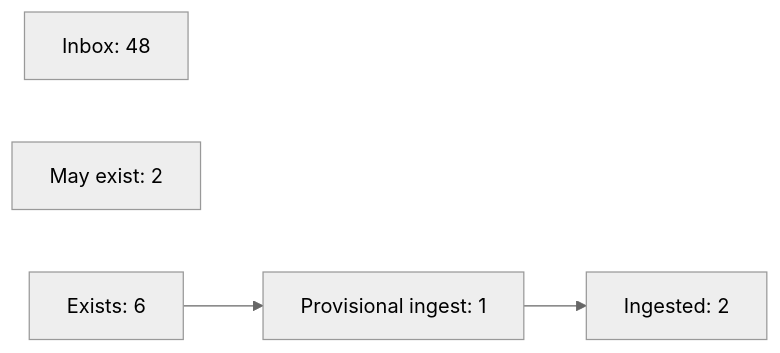
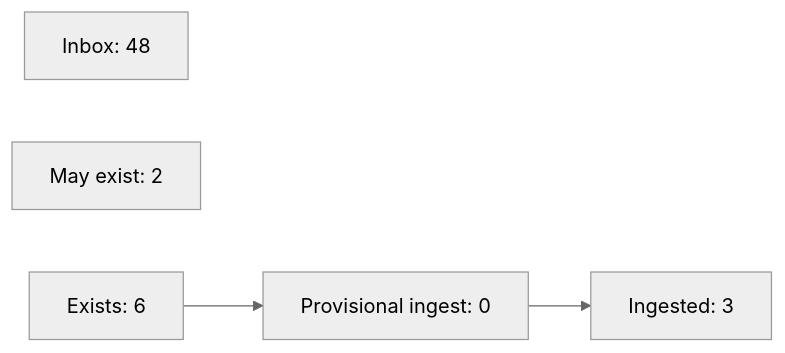
Before and after one commit to OpenPKCommons/OPKC: the diagram in README.md, drawn with Mermaid (neutral theme).

Commit message:
Updated progress flow chart

````diff
--- a/README.md
+++ b/README.md
@@ -52,9 +52,9 @@
 ```mermaid
 graph LR
 	inbox[Inbox: 48]
 	mayexist[May exist: 2]
 	exists[Exists: 6]
-	provingest[Provisional ingest: 1]
-	ingested[Ingested: 2]
+	provingest[Provisional ingest: 0]
+	ingested[Ingested: 3]
 	exists --> provingest --> ingested
 ```
````
